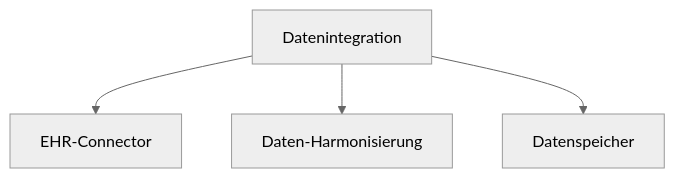
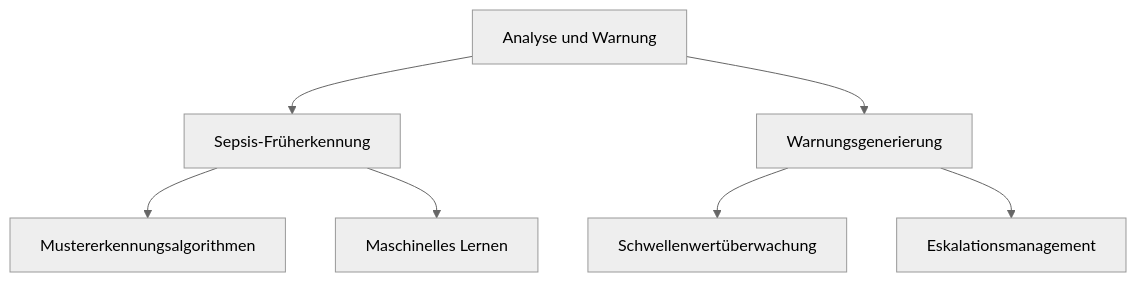
One commit to DustinScharf/SWTPbtu2024 changed the fifth of 9 diagrams in arc42/arc42-template-DE.md. Above: the diagram before and after it, drawn with Mermaid (neutral theme). The commit also changed other lines of this file, not shown here.

````diff
--- a/arc42/arc42-template-DE.md
+++ b/arc42/arc42-template-DE.md
@@ -236,6 +224,9 @@
 ```mermaid
 graph TD
-    C[Datenintegration] --> C1[EHR-Connector]
-    C --> C2[Daten-Harmonisierung]
-    C --> C3[Datenspeicher]
+    A[Analyse und Warnung] --> B[Sepsis-Früherkennung]
+    A --> C[Warnungsgenerierung]
+    B --> D[Mustererkennungsalgorithmen]
+    B --> E[Maschinelles Lernen]
+    C --> F[Schwellenwertüberwachung]
+    C --> G[Eskalationsmanagement]
 ```
````
